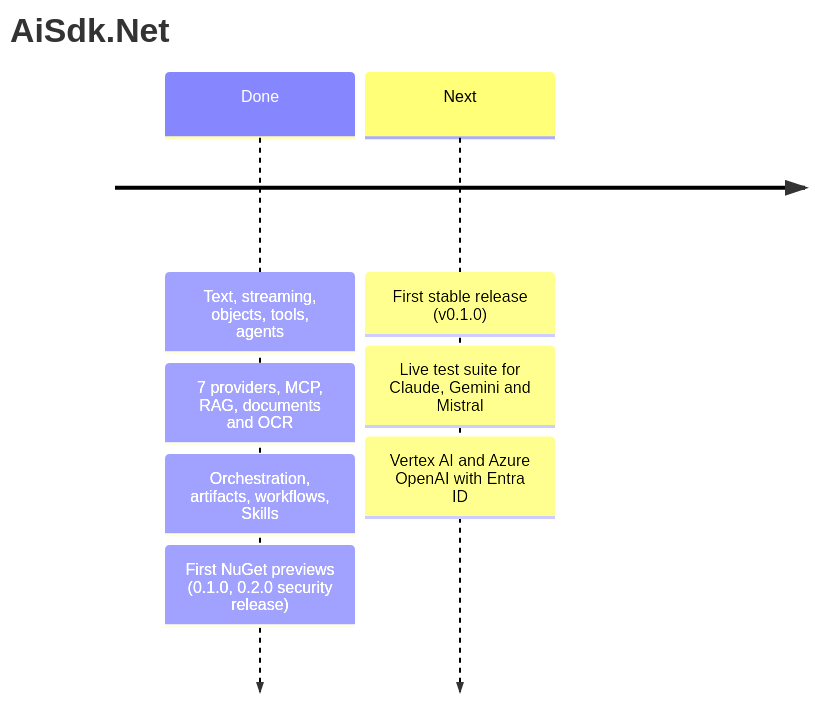
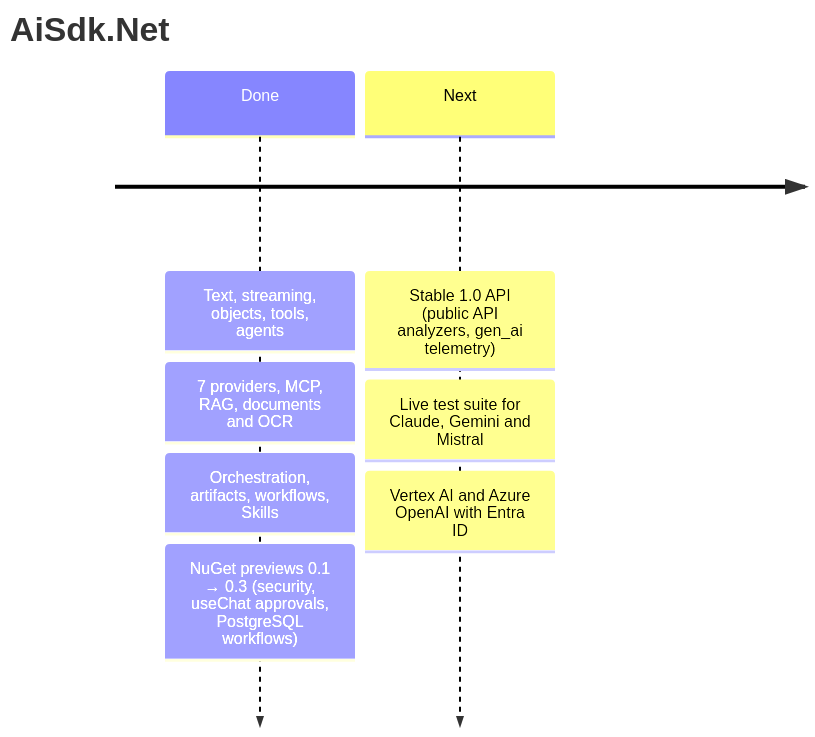
The diagram in README.md (bluesmilecl/AiSdk.Net), drawn with Mermaid before and after one commit. The commit also changed other lines of this file and 14 other files, not shown here.

````diff
--- a/README.md
+++ b/README.md
@@ -175,11 +175,11 @@
 ```mermaid
 timeline
     title AiSdk.Net
     Done : Text, streaming, objects, tools, agents
          : 7 providers, MCP, RAG, documents and OCR
          : Orchestration, artifacts, workflows, Skills
-         : First NuGet previews (0.1.0, 0.2.0 security release)
-    Next : First stable release (v0.1.0)
+         : NuGet previews 0.1 → 0.3 (security, useChat approvals, PostgreSQL workflows)
+    Next : Stable 1.0 API (public API analyzers, gen_ai telemetry)
          : Live test suite for Claude, Gemini and Mistral
          : Vertex AI and Azure OpenAI with Entra ID
 ```
````
